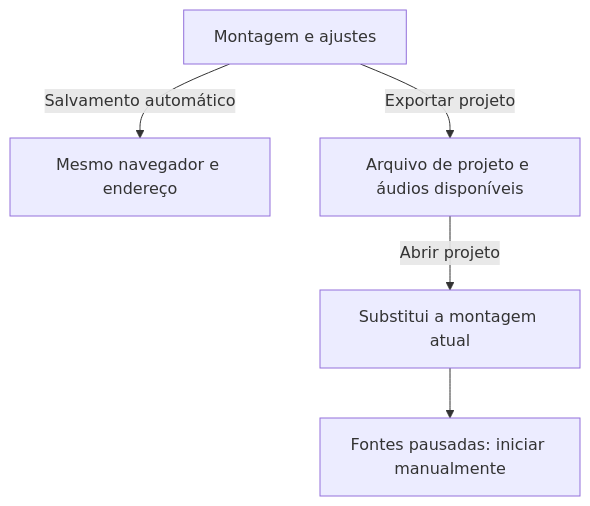
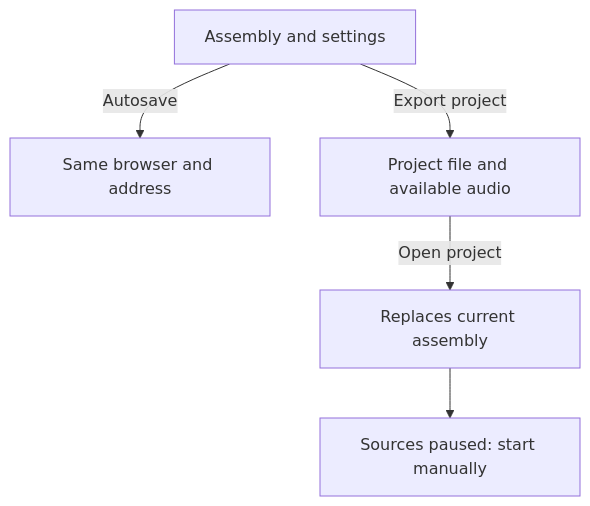
Before and after one commit to gperegr/AudioSystem: the diagram in docs/diagrams/configuracoes-e-projetos-01.mmd, drawn with Mermaid. The commit also changed 79 other files, not shown here.

```diff
--- a/docs/diagrams/configuracoes-e-projetos-01.mmd
+++ b/docs/diagrams/configuracoes-e-projetos-01.mmd
@@ -1,5 +1,5 @@
 flowchart TD
-    M["Montagem e ajustes"] -->|"Salvamento automático"| N["Mesmo navegador e endereço"]
-    M -->|"Exportar projeto"| F["Arquivo de projeto e áudios disponíveis"]
-    F -->|"Abrir projeto"| R["Substitui a montagem atual"]
-    R --> P["Fontes pausadas: iniciar manualmente"]
+    M["Assembly and settings"] -->|"Autosave"| N["Same browser and address"]
+    M -->|"Export project"| F["Project file and available audio"]
+    F -->|"Open project"| R["Replaces current assembly"]
+    R --> P["Sources paused: start manually"]
```
